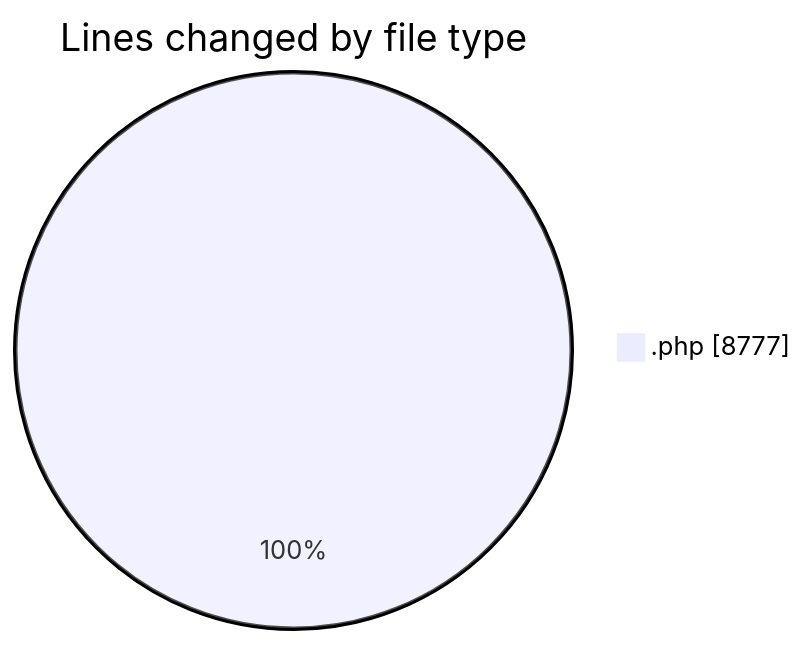
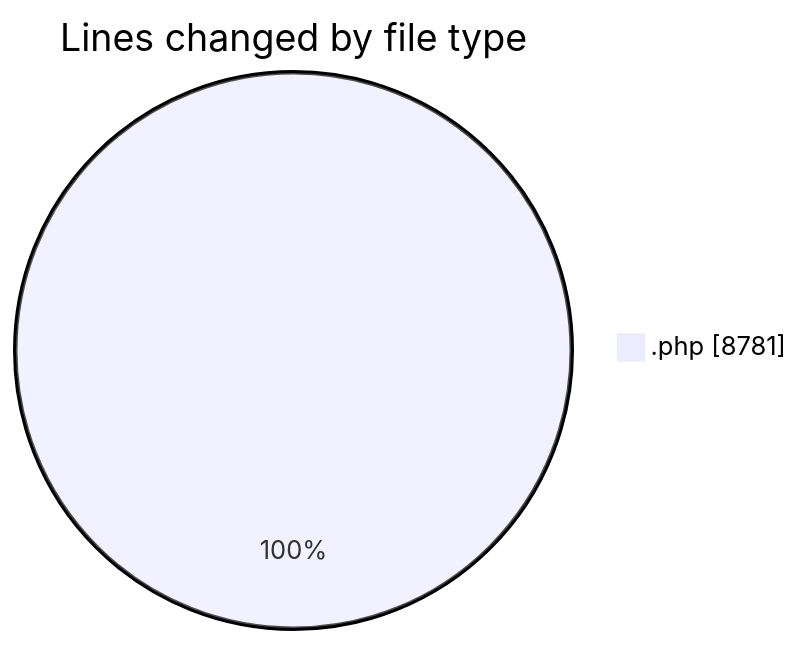
Before and after one commit to vahidmafi/code-tracking: the first of 2 diagrams in 2025-07-21/shop/README.md, drawn with Mermaid. The commit also changed other lines of this file and 1 other file, not shown here.

````diff
--- a/2025-07-21/shop/README.md
+++ b/2025-07-21/shop/README.md
@@ -24,5 +24,5 @@
 ```mermaid
 pie showData
 title Lines changed by file type
-".php" : 8777
+".php" : 8781
 ```
````
